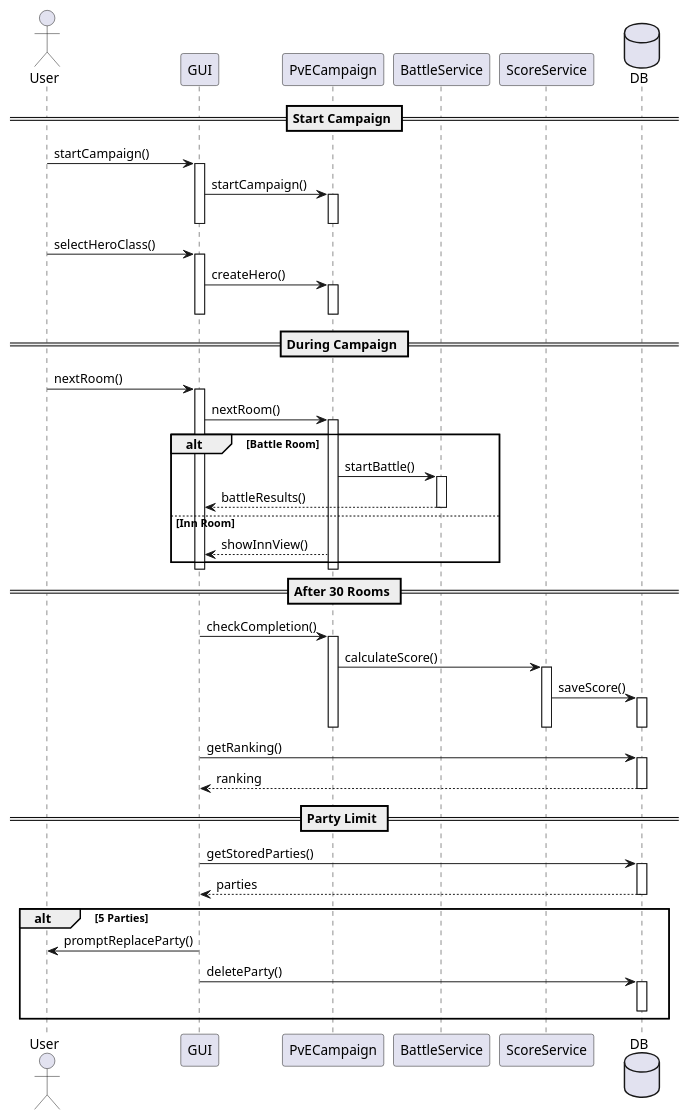
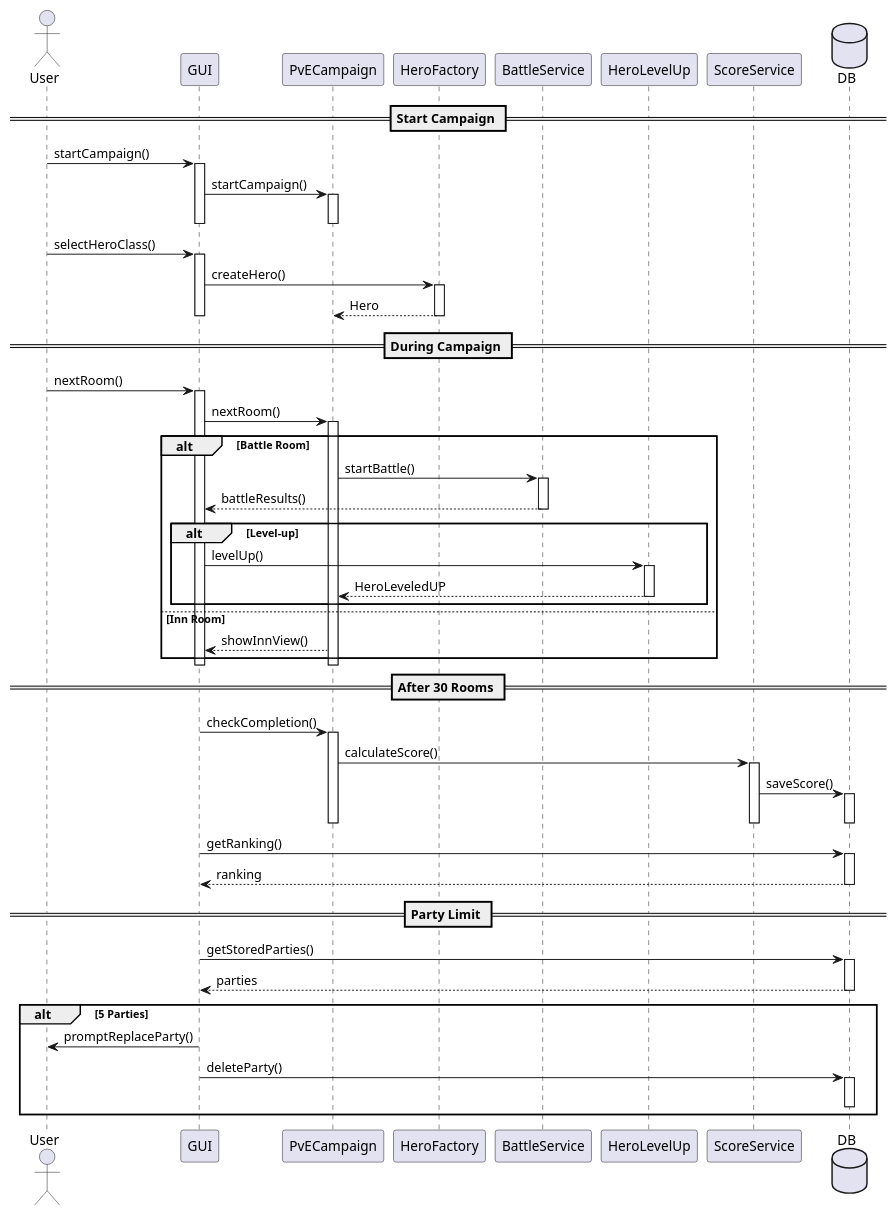
One commit to noahdc06/SoftwareDesignProject changed the diagram in LegendsOfSwordAndWand_Project/sequence_diagrams/case2.puml. Above: the diagram before and after it, drawn with PlantUML.

Commit message:
Update sequence diagram

```diff
--- a/LegendsOfSwordAndWand_Project/sequence_diagrams/case2.puml
+++ b/LegendsOfSwordAndWand_Project/sequence_diagrams/case2.puml
@@ -1,76 +1,85 @@
 @startuml
 
 actor User
 participant GUI
 participant PvECampaign
+participant HeroFactory
 participant BattleService
+participant HeroLevelUp
 participant ScoreService
 database DB
 
 == Start Campaign ==
 
 User -> GUI : startCampaign()
 activate GUI
 GUI -> PvECampaign : startCampaign()
 activate PvECampaign
 deactivate PvECampaign
 deactivate GUI
 
 User -> GUI : selectHeroClass()
 activate GUI
-GUI -> PvECampaign : createHero()
-activate PvECampaign
-deactivate PvECampaign
+GUI -> HeroFactory : createHero()
+activate HeroFactory
+HeroFactory --> PvECampaign : Hero
+deactivate HeroFactory
 deactivate GUI
 
 == During Campaign ==
 
 User -> GUI : nextRoom()
 activate GUI
 GUI -> PvECampaign : nextRoom()
 activate PvECampaign
 
 alt Battle Room
     PvECampaign -> BattleService : startBattle()
     activate BattleService
     BattleService --> GUI : battleResults()
     deactivate BattleService
+    alt Level-up
+        GUI -> HeroLevelUp : levelUp()
+        activate HeroLevelUp
+        HeroLevelUp --> PvECampaign : HeroLeveledUP
+        deactivate HeroLevelUp
+    end
 else Inn Room
     PvECampaign --> GUI : showInnView()
 end
 
 deactivate PvECampaign
 deactivate GUI
 
 == After 30 Rooms ==
 
 GUI -> PvECampaign : checkCompletion()
 activate PvECampaign
 PvECampaign -> ScoreService : calculateScore()
 activate ScoreService
 ScoreService -> DB : saveScore()
 activate DB
 deactivate DB
 deactivate ScoreService
 deactivate PvECampaign
 
 GUI -> DB : getRanking()
 activate DB
 DB --> GUI : ranking
 deactivate DB
 
 == Party Limit ==
 
 GUI -> DB : getStoredParties()
 activate DB
 DB --> GUI : parties
 deactivate DB
 
 alt 5 Parties
     GUI -> User : promptReplaceParty()
     GUI -> DB : deleteParty()
     activate DB
     deactivate DB
 end
 
 @enduml
```
